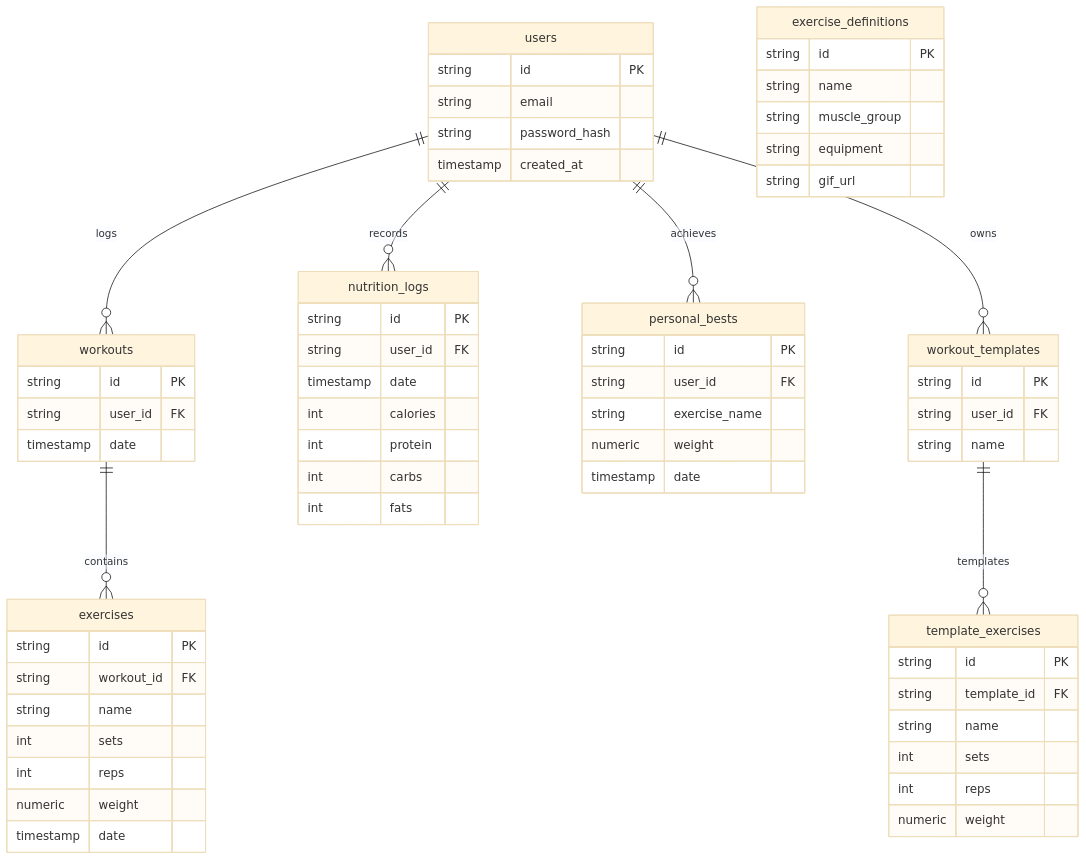
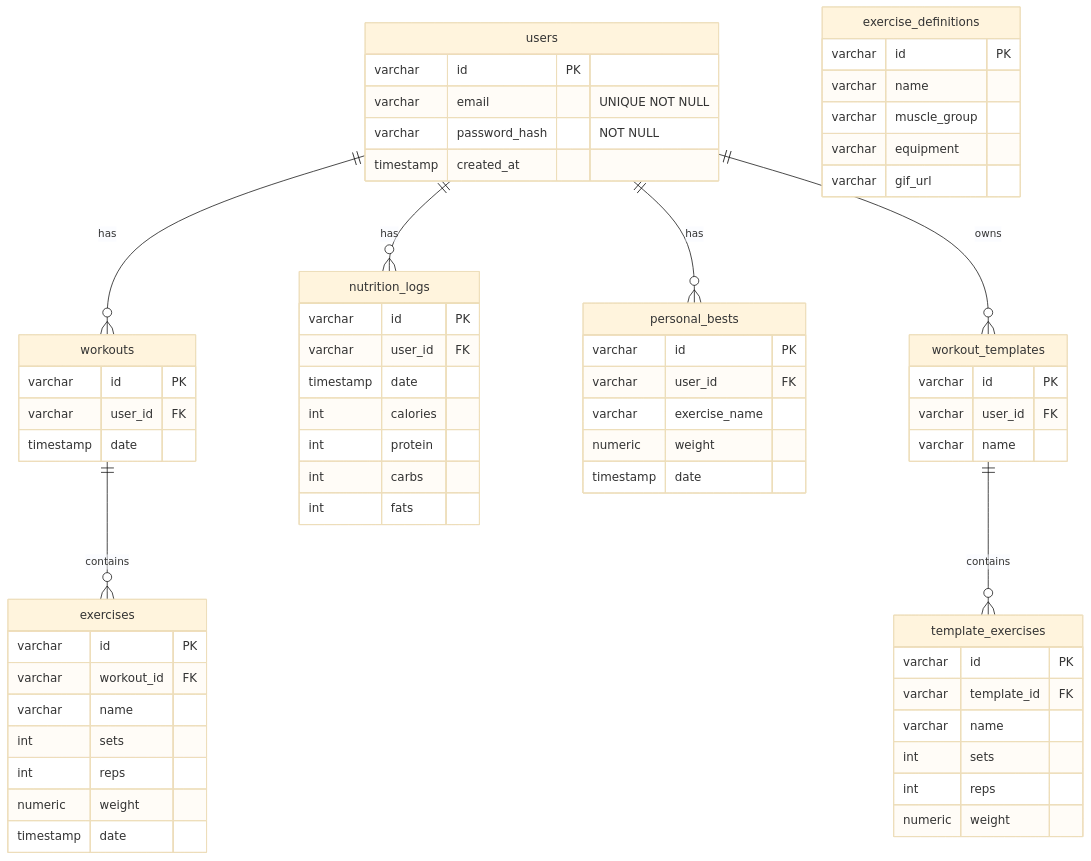
The diagram in diagrams/er-diagram.md (arya-p-gh/fittrack), drawn with Mermaid (base theme) before and after one commit. The commit also changed 3 other files, not shown here.

First line of the commit message:
docs: align diagrams with current code

````diff
--- a/diagrams/er-diagram.md
+++ b/diagrams/er-diagram.md
@@ -5,74 +5,76 @@
 ```mermaid
 erDiagram
-    users ||--o{ workouts : "logs"
-    users ||--o{ nutrition_logs : "records"
-    users ||--o{ personal_bests : "achieves"
-    
-    workouts ||--o{ exercises : "contains"
-    workout_templates ||--o{ template_exercises : "templates"
-    users ||--o{ workout_templates : "owns"
+  users ||--o{ workouts : "has"
+  workouts ||--o{ exercises : "contains"
 
-    users {
-        string id PK
-        string email
-        string password_hash
-        timestamp created_at
-    }
+  users ||--o{ nutrition_logs : "has"
+  users ||--o{ personal_bests : "has"
 
-    workouts {
-        string id PK
-        string user_id FK
-        timestamp date
-    }
+  users ||--o{ workout_templates : "owns"
+  workout_templates ||--o{ template_exercises : "contains"
 
-    exercises {
-        string id PK
-        string workout_id FK
-        string name
-        int sets
-        int reps
-        numeric weight
-        timestamp date
-    }
+  users {
+    varchar id PK
+    varchar email "UNIQUE NOT NULL"
+    varchar password_hash "NOT NULL"
+    timestamp created_at
+  }
 
-    nutrition_logs {
-        string id PK
-        string user_id FK
-        timestamp date
-        int calories
-        int protein
-        int carbs
-        int fats
-    }
+  workouts {
+    varchar id PK
+    varchar user_id FK
+    timestamp date
+  }
 
-    personal_bests {
-        string id PK
-        string user_id FK
-        string exercise_name
-        numeric weight
-        timestamp date
-    }
+  exercises {
+    varchar id PK
+    varchar workout_id FK
+    varchar name
+    int sets
+    int reps
+    numeric weight
+    timestamp date
+  }
 
-    exercise_definitions {
-        string id PK
-        string name
-        string muscle_group
-        string equipment
-        string gif_url
-    }
+  nutrition_logs {
+    varchar id PK
+    varchar user_id FK
+    timestamp date
+    int calories
+    int protein
+    int carbs
+    int fats
+  }
 
-    template_exercises {
-        string id PK
-        string template_id FK
-        string name
-        int sets
-        int reps
-        numeric weight
-    }
+  personal_bests {
+    varchar id PK
+    varchar user_id FK
+    varchar exercise_name
+    numeric weight
+    timestamp date
+    %% UNIQUE(user_id, exercise_name)
+  }
 
-    workout_templates {
-        string id PK
-        string user_id FK
-        string name
-    }
+  workout_templates {
+    varchar id PK
+    varchar user_id FK
+    varchar name
+  }
+
+  template_exercises {
+    varchar id PK
+    varchar template_id FK
+    varchar name
+    int sets
+    int reps
+    numeric weight
+  }
+
+  exercise_definitions {
+    varchar id PK
+    varchar name
+    varchar muscle_group
+    varchar equipment
+    varchar gif_url
+  }
 ```
````
